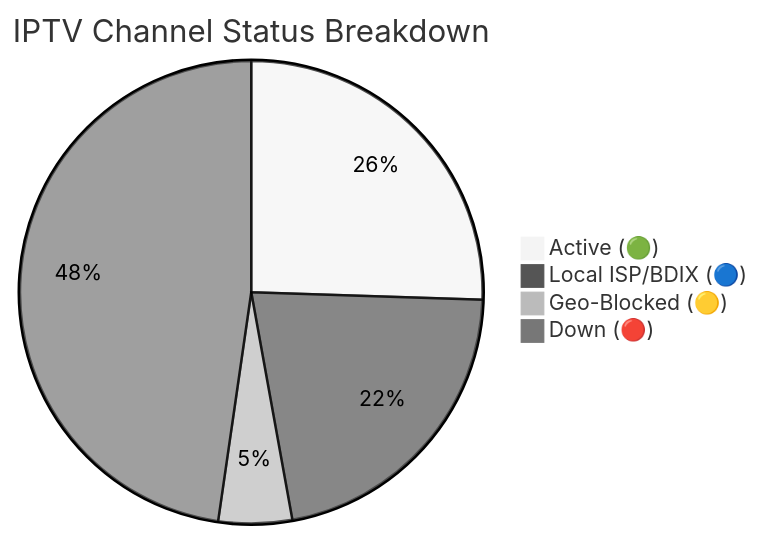
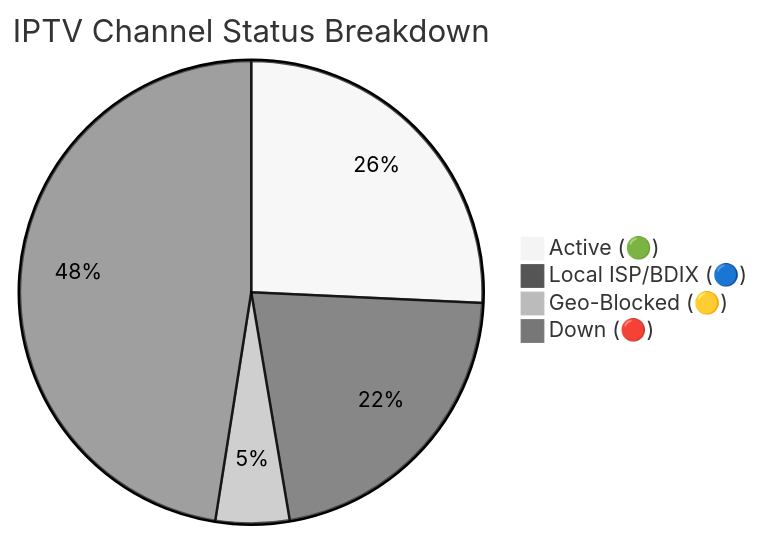
The diagram in README.md (Zaman-Topu/Ip-tv-Collection), drawn with Mermaid (neutral theme) before and after one commit. The commit also changed other lines of this file and 6 other files, not shown here.

````diff
--- a/README.md
+++ b/README.md
@@ -118,7 +118,7 @@
 ```mermaid
 pie title IPTV Channel Status Breakdown
-    "Active (🟢)" : 10575
-    "Local ISP/BDIX (🔵)" : 8963
-    "Geo-Blocked (🟡)" : 2128
-    "Down (🔴)" : 19769
+    "Active (🟢)" : 10682
+    "Local ISP/BDIX (🔵)" : 8968
+    "Geo-Blocked (🟡)" : 2139
+    "Down (🔴)" : 19723
 ```
````
